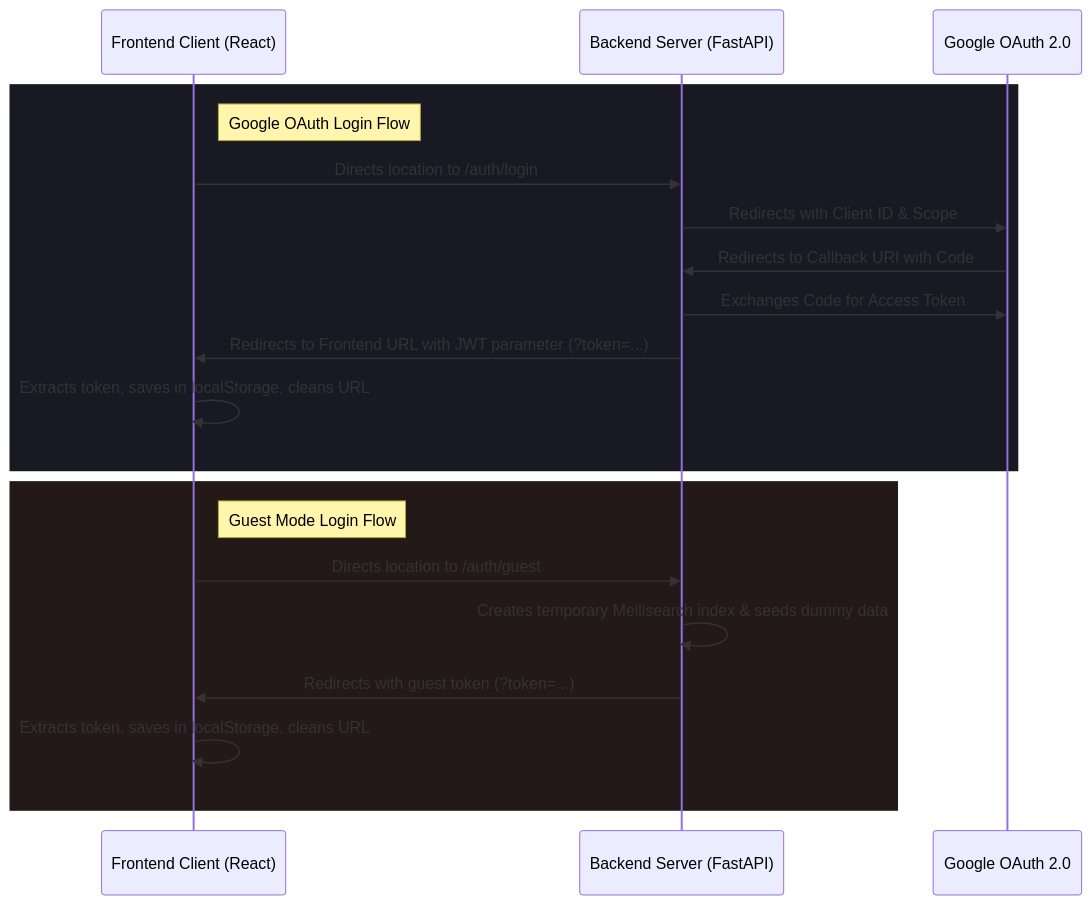
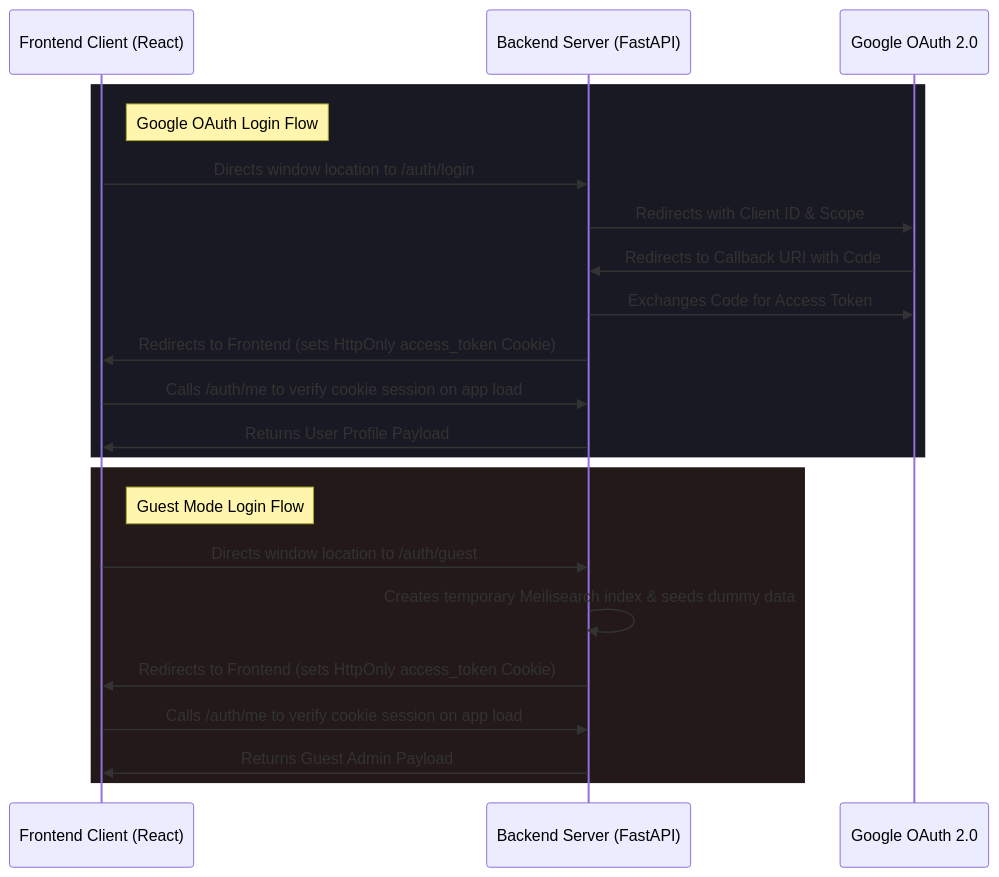
One commit to shubham-deshmukh/cp-problem-finder changed the diagram in frontend/README.md. Above: the diagram before and after it, drawn with Mermaid. The commit also changed other lines of this file and 2 other files, not shown here.

Commit message:
docs: update root, backend, and frontend readmes for HttpOnly cookies and proxies

````diff
--- a/frontend/README.md
+++ b/frontend/README.md
@@ -114,24 +113,26 @@
 ```mermaid
 sequenceDiagram
     participant FE as Frontend Client (React)
     participant BE as Backend Server (FastAPI)
     participant Google as Google OAuth 2.0
 
     rect rgb(25, 25, 35)
     note right of FE: Google OAuth Login Flow
-    FE->>BE: Directs location to /auth/login
+    FE->>BE: Directs window location to /auth/login
     BE->>Google: Redirects with Client ID & Scope
     Google->>BE: Redirects to Callback URI with Code
     BE->>Google: Exchanges Code for Access Token
-    BE->>FE: Redirects to Frontend URL with JWT parameter (?token=...)
-    FE->>FE: Extracts token, saves in localStorage, cleans URL
+    BE->>FE: Redirects to Frontend (sets HttpOnly access_token Cookie)
+    FE->>BE: Calls /auth/me to verify cookie session on app load
+    BE->>FE: Returns User Profile Payload
     end
 
     rect rgb(35, 25, 25)
     note right of FE: Guest Mode Login Flow
-    FE->>BE: Directs location to /auth/guest
+    FE->>BE: Directs window location to /auth/guest
     BE->>BE: Creates temporary Meilisearch index & seeds dummy data
-    BE->>FE: Redirects with guest token (?token=...)
-    FE->>FE: Extracts token, saves in localStorage, cleans URL
+    BE->>FE: Redirects to Frontend (sets HttpOnly access_token Cookie)
+    FE->>BE: Calls /auth/me to verify cookie session on app load
+    BE->>FE: Returns Guest Admin Payload
     end
 ```
````
